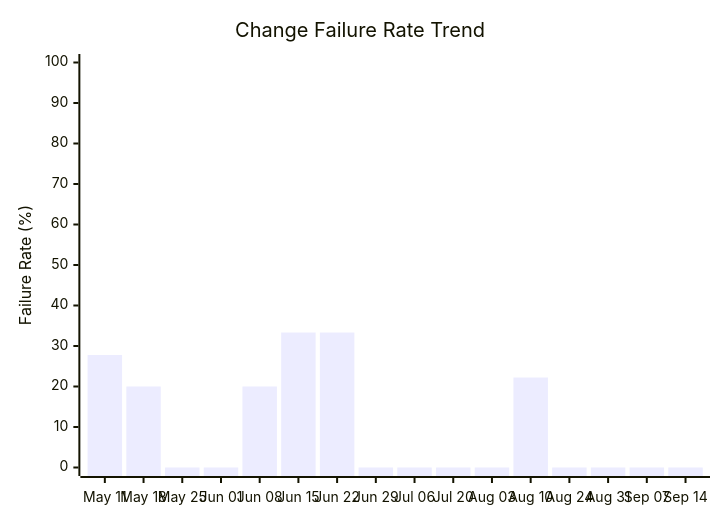
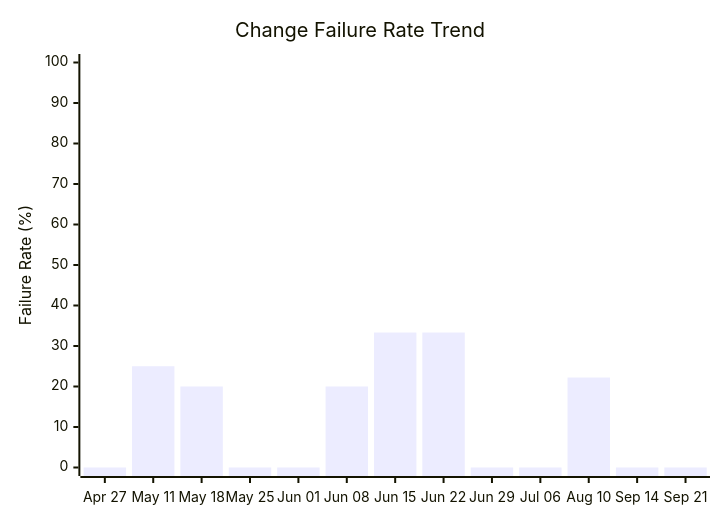
The fourth of 4 diagrams in docs/ci-cd/dora-summary.md (ukma-cs-ssdm-2025/rate-ukma), drawn with Mermaid before and after one commit. The commit also changed other lines of this file, not shown here.

````diff
--- a/docs/ci-cd/dora-summary.md
+++ b/docs/ci-cd/dora-summary.md
@@ -74,7 +71,7 @@
 ```mermaid
 xychart-beta
     title "Change Failure Rate Trend"
-    x-axis ["May 11", "May 18", "May 25", "Jun 01", "Jun 08", "Jun 15", "Jun 22", "Jun 29", "Jul 06", "Jul 20", "Aug 03", "Aug 10", "Aug 24", "Aug 31", "Sep 07", "Sep 14"]
+    x-axis ["Apr 27", "May 11", "May 18", "May 25", "Jun 01", "Jun 08", "Jun 15", "Jun 22", "Jun 29", "Jul 06", "Aug 10", "Sep 14", "Sep 21"]
     y-axis "Failure Rate (%)" 0 --> 100
-    bar [27.78, 20.00, 0.00, 0.00, 20.00, 33.33, 33.33, 0.00, 0.00, 0.00, 0.00, 22.22, 0.00, 0.00, 0.00, 0.00]
+    bar [0.00, 25.00, 20.00, 0.00, 0.00, 20.00, 33.33, 33.33, 0.00, 0.00, 22.22, 0.00, 0.00]
 ```
````
